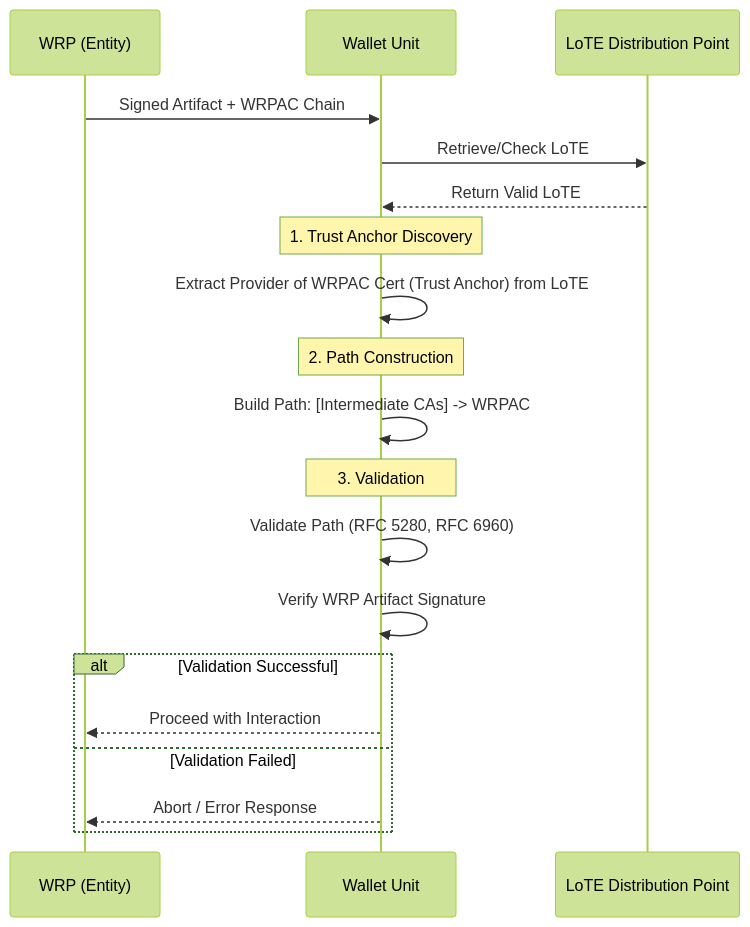
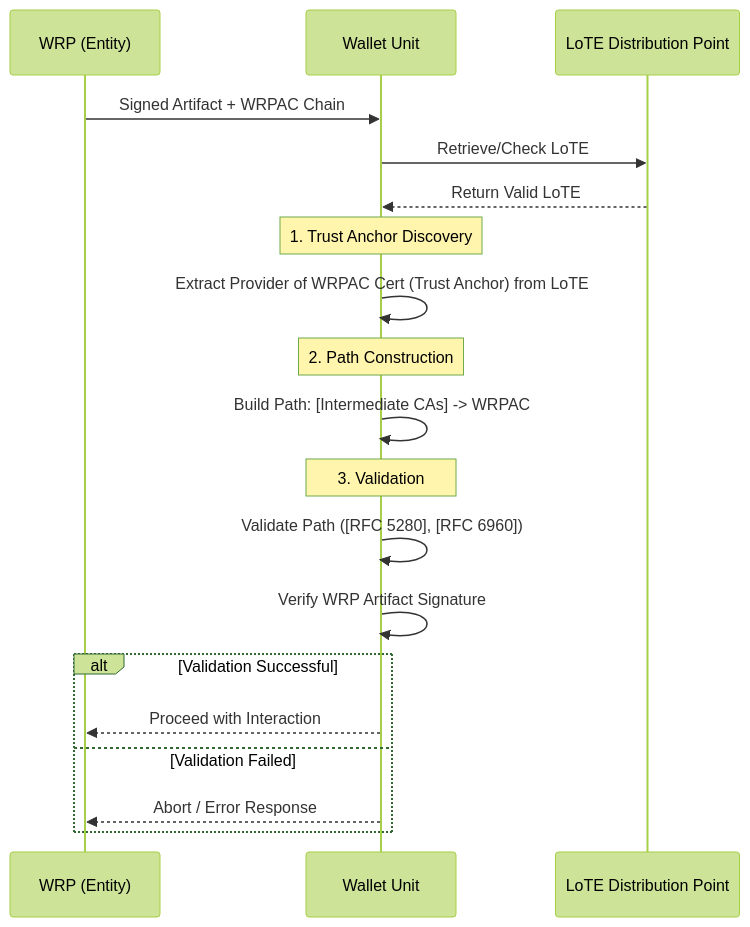
One commit to APTITUDE-Consortium/wp2-trust-specifications changed the first of 4 diagrams in docs/topics/authentication-process.md. Above: the diagram before and after it, drawn with Mermaid (forest theme). The commit also changed other lines of this file and 9 other files, not shown here.

````diff
--- a/docs/topics/authentication-process.md
+++ b/docs/topics/authentication-process.md
@@ -24,26 +24,26 @@
 ```mermaid
 sequenceDiagram
     participant WRP as WRP (Entity)
     participant Wallet as Wallet Unit
     participant LoTE as LoTE Distribution Point
 
     WRP->>Wallet: Signed Artifact + WRPAC Chain
     Wallet->>LoTE: Retrieve/Check LoTE
     LoTE-->>Wallet: Return Valid LoTE
     
     Note over Wallet: 1. Trust Anchor Discovery
     Wallet->>Wallet: Extract Provider of WRPAC Cert (Trust Anchor) from LoTE
     
     Note over Wallet: 2. Path Construction
     Wallet->>Wallet: Build Path: [Intermediate CAs] -> WRPAC
     
     Note over Wallet: 3. Validation
-    Wallet->>Wallet: Validate Path (RFC 5280, RFC 6960)
+    Wallet->>Wallet: Validate Path ([RFC 5280], [RFC 6960])
     Wallet->>Wallet: Verify WRP Artifact Signature
     
     alt Validation Successful
         Wallet-->>WRP: Proceed with Interaction
     else Validation Failed
         Wallet-->>WRP: Abort / Error Response
     end
 ```
````
